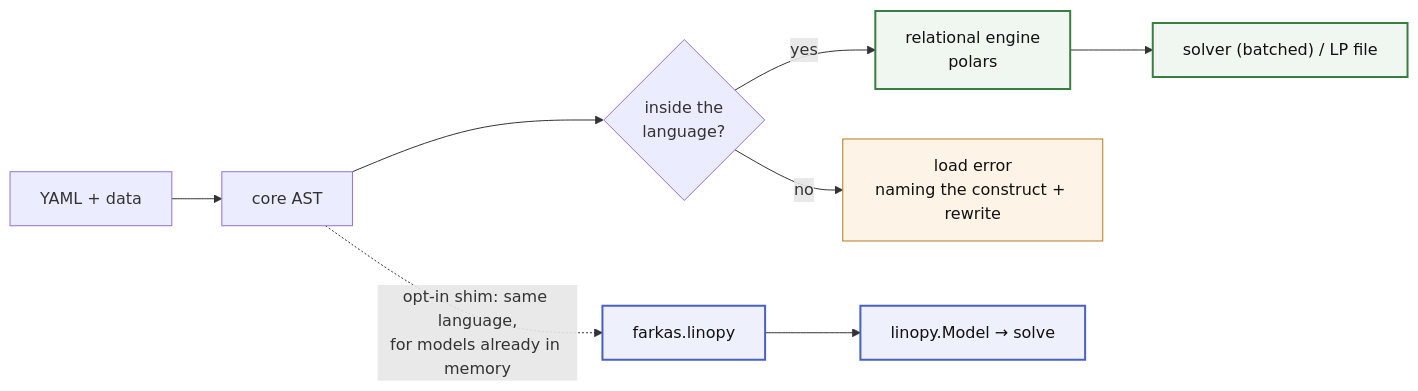
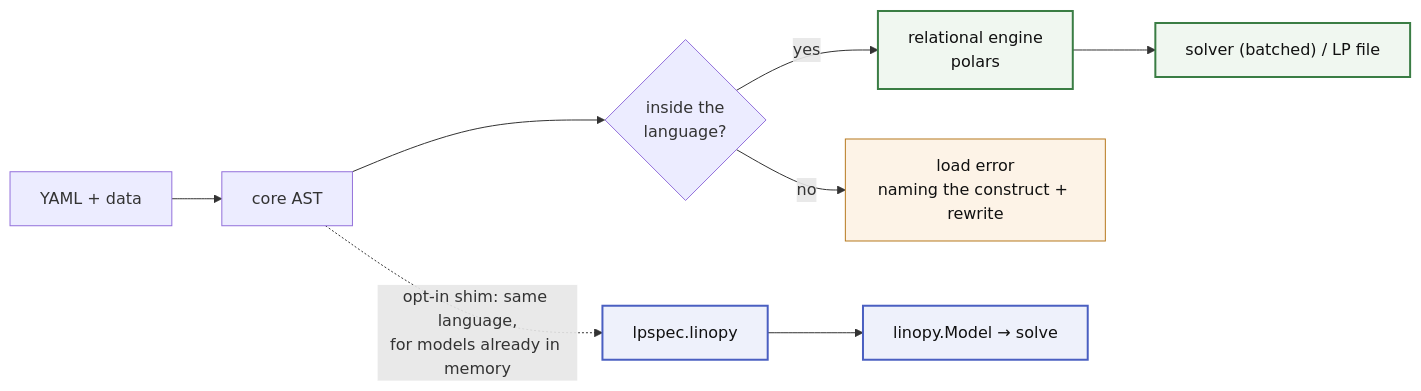
The diagram in README.md (FBumann/farkas), drawn with Mermaid before and after one commit. The commit also changed other lines of this file and 172 other files, not shown here.

First line of the commit message:
refactor: rename the package to lpspec, drop the farkas branding

````diff
--- a/README.md
+++ b/README.md
@@ -41,17 +37,17 @@
 ```mermaid
 flowchart LR
     Y["YAML + data"] --> AST["core AST"]
     AST --> R{"inside the<br/>language?"}
     R -->|"yes"| S["relational engine<br/>polars"]
     S --> OUT["solver (batched) / LP file"]
     R -->|"no"| ERR["load error<br/>naming the construct + rewrite"]
-    AST -.->|"opt-in shim: same language,<br/>for models already in memory"| E["farkas.linopy"]
+    AST -.->|"opt-in shim: same language,<br/>for models already in memory"| E["lpspec.linopy"]
     E --> LS["linopy.Model → solve"]
 
     classDef stream fill:#f0f7f0,stroke:#3a7d44,stroke-width:2px,color:#111
     classDef linopylane fill:#eef1fb,stroke:#4a5fc1,stroke-width:2px,color:#111
     class S,OUT stream
     class E,LS linopylane
     class ERR err
     classDef err fill:#fdf3e7,stroke:#b7791f,color:#111
 ```
````
